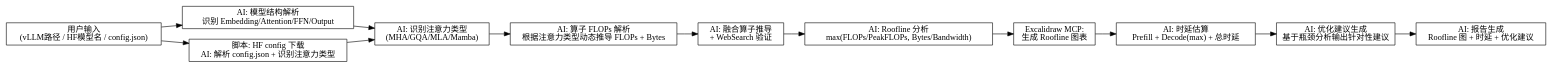
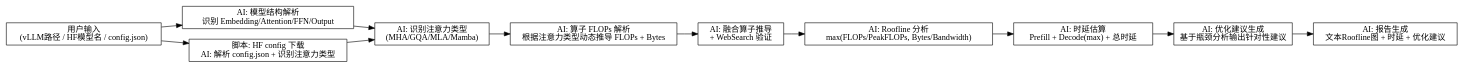
One commit to kevinoldching/agent-skills changed the diagram in llm_latency_estimator/docs/superpowers/specs/2026-04-07-llm-roofline-analysis-design.md. Above: the diagram before and after it, drawn with Graphviz. The commit also changed other lines of this file, not shown here.

First line of the commit message:
docs: remove Excalidraw MCP dependency

````diff
--- a/llm_latency_estimator/docs/superpowers/specs/2026-04-07-llm-roofline-analysis-design.md
+++ b/llm_latency_estimator/docs/superpowers/specs/2026-04-07-llm-roofline-analysis-design.md
@@ -468,30 +476,28 @@
 ```dot
 digraph dataflow {
     rankdir=LR;
     node [shape=box];
 
     input [label="用户输入\n(vLLM路径 / HF模型名 / config.json)"];
     model_parse [label="AI: 模型结构解析\n识别 Embedding/Attention/FFN/Output"];
     hf_fetch [label="脚本: HF config 下载\nAI: 解析 config.json + 识别注意力类型"];
     attention_type [label="AI: 识别注意力类型\n(MHA/GQA/MLA/Mamba)"];
     op_flops [label="AI: 算子 FLOPs 解析\n根据注意力类型动态推导 FLOPs + Bytes"];
     fused_ops [label="AI: 融合算子推导\n+ WebSearch 验证"];
     roofline [label="AI: Roofline 分析\nmax(FLOPs/PeakFLOPs, Bytes/Bandwidth)"];
-    visualize [label="Excalidraw MCP:\n生成 Roofline 图表"];
     latency [label="AI: 时延估算\nPrefill + Decode(max) + 总时延"];
     optimization [label="AI: 优化建议生成\n基于瓶颈分析输出针对性建议"];
-    report [label="AI: 报告生成\nRoofline 图 + 时延 + 优化建议"];
+    report [label="AI: 报告生成\n文本Roofline图 + 时延 + 优化建议"];
 
     input -> model_parse;
     input -> hf_fetch;
     model_parse -> attention_type;
     hf_fetch -> attention_type;
     attention_type -> op_flops;
     op_flops -> fused_ops;
     fused_ops -> roofline;
-    roofline -> visualize;
-    visualize -> latency;
+    roofline -> latency;
     latency -> optimization;
     optimization -> report;
 }
 ```
````
